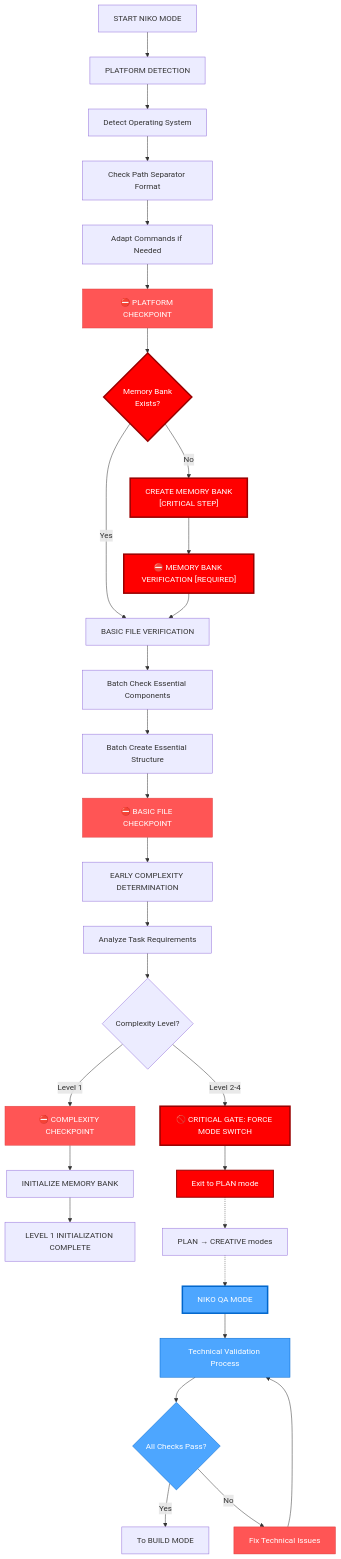
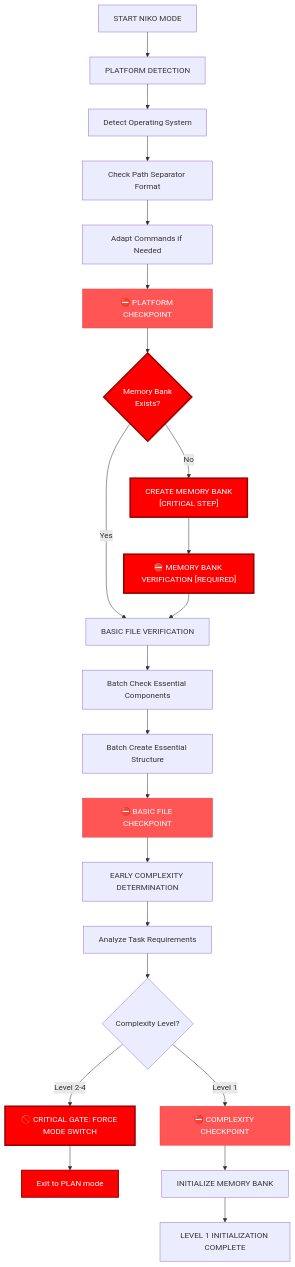
The first of 7 diagrams in rulesets/niko/niko/visual-maps/van_mode_split/van-mode-map.mdc (Texarkanine/.cursor-rules), drawn with Mermaid before and after one commit. The commit also changed other lines of this file and 22 other files, not shown here.

````diff
--- a/rulesets/niko/niko/visual-maps/van_mode_split/van-mode-map.mdc
+++ b/rulesets/niko/niko/visual-maps/van_mode_split/van-mode-map.mdc
@@ -15,57 +15,44 @@
 ```mermaid
 graph TD
     Start["START NIKO MODE"] --> PlatformDetect["PLATFORM DETECTION"]
     PlatformDetect --> DetectOS["Detect Operating System"]
     DetectOS --> CheckPath["Check Path Separator Format"]
     CheckPath --> AdaptCmds["Adapt Commands if Needed"]
     AdaptCmds --> PlatformCP["⛔ PLATFORM CHECKPOINT"]
-    
+
     %% Add Critical Memory Bank Checkpoint
     PlatformCP --> MemoryBankCheck{"Memory Bank<br>Exists?"}
     MemoryBankCheck -->|"No"| CreateMemoryBank["CREATE MEMORY BANK<br>[CRITICAL STEP]"]
     MemoryBankCheck -->|"Yes"| BasicFileVerify["BASIC FILE VERIFICATION"]
     CreateMemoryBank --> MemoryBankCP["⛔ MEMORY BANK VERIFICATION [REQUIRED]"]
     MemoryBankCP --> BasicFileVerify
-    
+
     %% Basic File Verification with checkpoint
     BasicFileVerify --> BatchCheck["Batch Check Essential Components"]
     BatchCheck --> BatchCreate["Batch Create Essential Structure"]
     BatchCreate --> BasicFileCP["⛔ BASIC FILE CHECKPOINT"]
-    
+
     %% Early Complexity Determination
     BasicFileCP --> EarlyComplexity["EARLY COMPLEXITY DETERMINATION"]
     EarlyComplexity --> AnalyzeTask["Analyze Task Requirements"]
     AnalyzeTask --> EarlyLevelCheck{"Complexity Level?"}
-    
+
     %% Level handling paths
     EarlyLevelCheck -->|"Level 1"| ComplexityCP["⛔ COMPLEXITY CHECKPOINT"]
     EarlyLevelCheck -->|"Level 2-4"| CRITICALGATE["🚫 CRITICAL GATE: FORCE MODE SWITCH"]
     CRITICALGATE --> ForceExit["Exit to PLAN mode"]
-    
+
     %% Level 1 continues normally
     ComplexityCP --> InitSystem["INITIALIZE MEMORY BANK"]
     InitSystem --> Complete1["LEVEL 1 INITIALIZATION COMPLETE"]
-    
-    %% For Level 2+ tasks after PLAN and CREATIVE modes
-    ForceExit -.-> OtherModes["PLAN → CREATIVE modes"]
-    OtherModes -.-> VANQA["NIKO QA MODE"]
-    VANQA --> QAProcess["Technical Validation Process"]
-    QAProcess --> QACheck{"All Checks Pass?"}
-    QACheck -->|"Yes"| BUILD["To BUILD MODE"]
-    QACheck -->|"No"| FixIssues["Fix Technical Issues"]
-    FixIssues --> QAProcess
-    
+
     %% Style nodes
     style PlatformCP fill:#f55,stroke:#d44,color:white
     style MemoryBankCP fill:#ff0000,stroke:#990000,color:white,stroke-width:3px
     style MemoryBankCheck fill:#ff0000,stroke:#990000,color:white,stroke-width:3px
     style CreateMemoryBank fill:#ff0000,stroke:#990000,color:white,stroke-width:3px
     style BasicFileCP fill:#f55,stroke:#d44,color:white
     style ComplexityCP fill:#f55,stroke:#d44,color:white
     style CRITICALGATE fill:#ff0000,stroke:#990000,color:white,stroke-width:3px
     style ForceExit fill:#ff0000,stroke:#990000,color:white,stroke-width:2px
-    style VANQA fill:#4da6ff,stroke:#0066cc,color:white,stroke-width:3px
-    style QAProcess fill:#4da6ff,stroke:#0066cc,color:white
-    style QACheck fill:#4da6ff,stroke:#0066cc,color:white
-    style FixIssues fill:#ff5555,stroke:#dd3333,color:white
 ```
````
